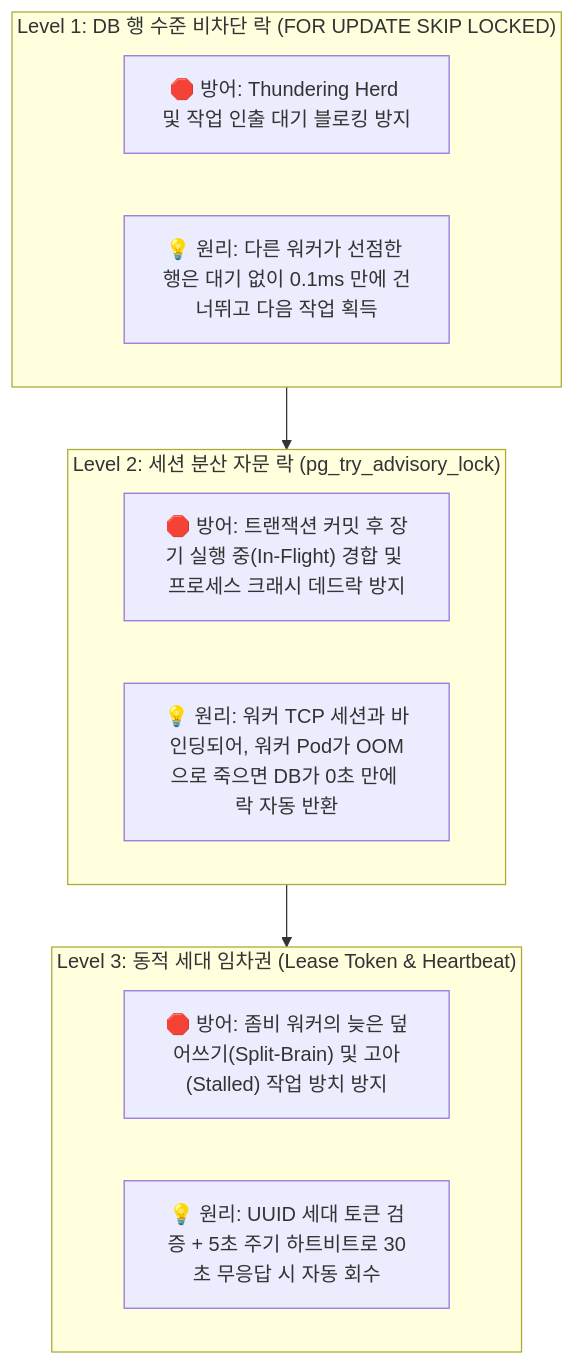
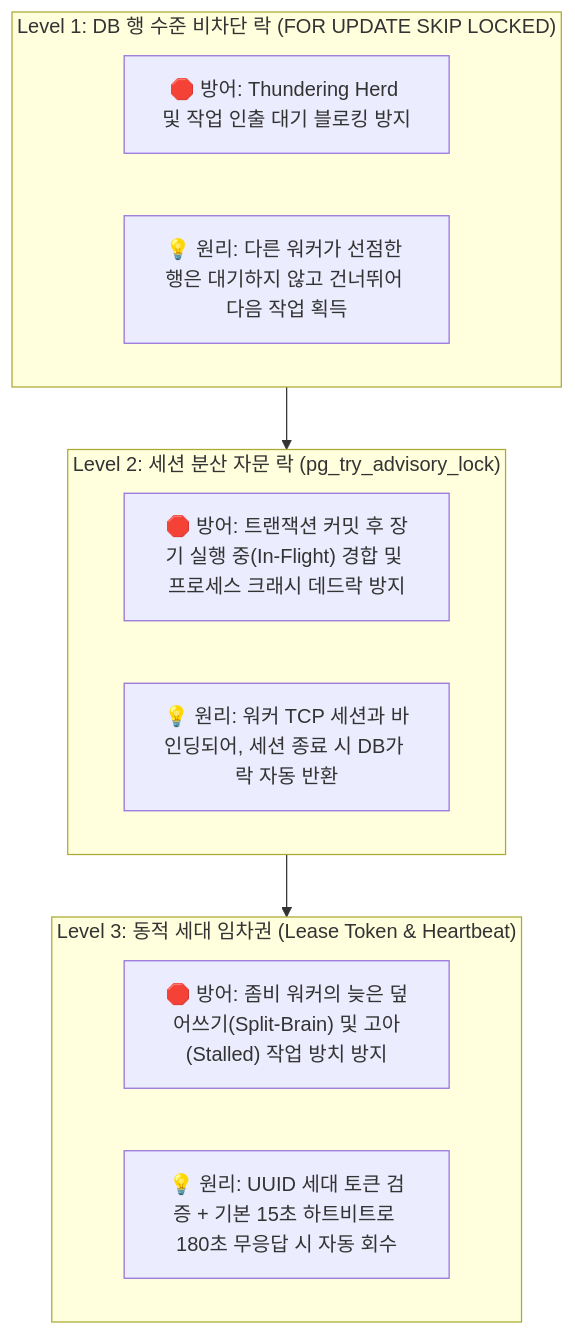
Before and after one commit to bist-mini-final/bist-mini-final: the first of 3 diagrams in docs/blueprints/01_system_blueprints/BP-103_concurrency_and_locking_model.md, drawn with Mermaid. The commit also changed other lines of this file and 138 other files, not shown here.

````diff
--- a/docs/blueprints/01_system_blueprints/BP-103_concurrency_and_locking_model.md
+++ b/docs/blueprints/01_system_blueprints/BP-103_concurrency_and_locking_model.md
@@ -11,19 +11,19 @@
 ```mermaid
 flowchart TD
     subgraph L1 ["Level 1: DB 행 수준 비차단 락 (FOR UPDATE SKIP LOCKED)"]
         P1["🛑 방어: Thundering Herd 및 작업 인출 대기 블로킹 방지"]
-        M1["💡 원리: 다른 워커가 선점한 행은 대기 없이 0.1ms 만에 건너뛰고 다음 작업 획득"]
+        M1["💡 원리: 다른 워커가 선점한 행은 대기하지 않고 건너뛰어 다음 작업 획득"]
     end
 
     subgraph L2 ["Level 2: 세션 분산 자문 락 (pg_try_advisory_lock)"]
         P2["🛑 방어: 트랜잭션 커밋 후 장기 실행 중(In-Flight) 경합 및 프로세스 크래시 데드락 방지"]
-        M2["💡 원리: 워커 TCP 세션과 바인딩되어, 워커 Pod가 OOM으로 죽으면 DB가 0초 만에 락 자동 반환"]
+        M2["💡 원리: 워커 TCP 세션과 바인딩되어, 세션 종료 시 DB가 락 자동 반환"]
     end
 
     subgraph L3 ["Level 3: 동적 세대 임차권 (Lease Token & Heartbeat)"]
         P3["🛑 방어: 좀비 워커의 늦은 덮어쓰기(Split-Brain) 및 고아(Stalled) 작업 방치 방지"]
-        M3["💡 원리: UUID 세대 토큰 검증 + 5초 주기 하트비트로 30초 무응답 시 자동 회수"]
+        M3["💡 원리: UUID 세대 토큰 검증 + 기본 15초 하트비트로 180초 무응답 시 자동 회수"]
     end
 
     L1 --> L2 --> L3
 ```
````
